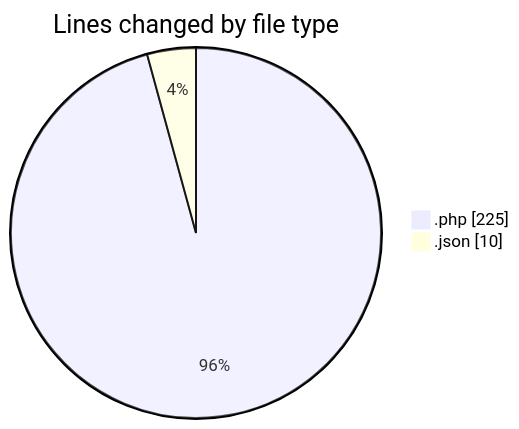
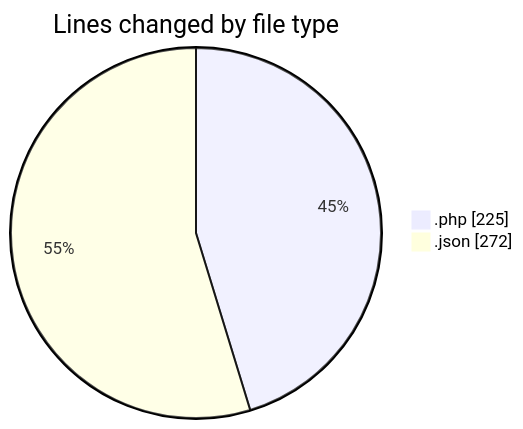
Before and after one commit to idhammustaqopulfikri/code-tracking: the first of 2 diagrams in 2025-10-05/futsal/README.md, drawn with Mermaid. The commit also changed other lines of this file and 1 other file, not shown here.

````diff
--- a/2025-10-05/futsal/README.md
+++ b/2025-10-05/futsal/README.md
@@ -23,6 +24,6 @@
 ```mermaid
 pie showData
 title Lines changed by file type
 ".php" : 225
-".json" : 10
+".json" : 272
 ```
````
